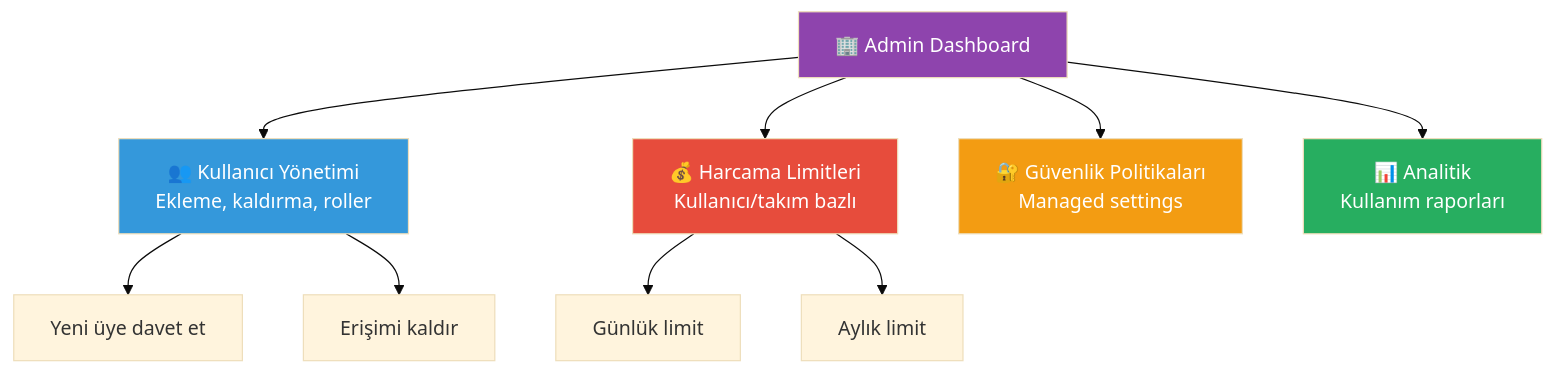
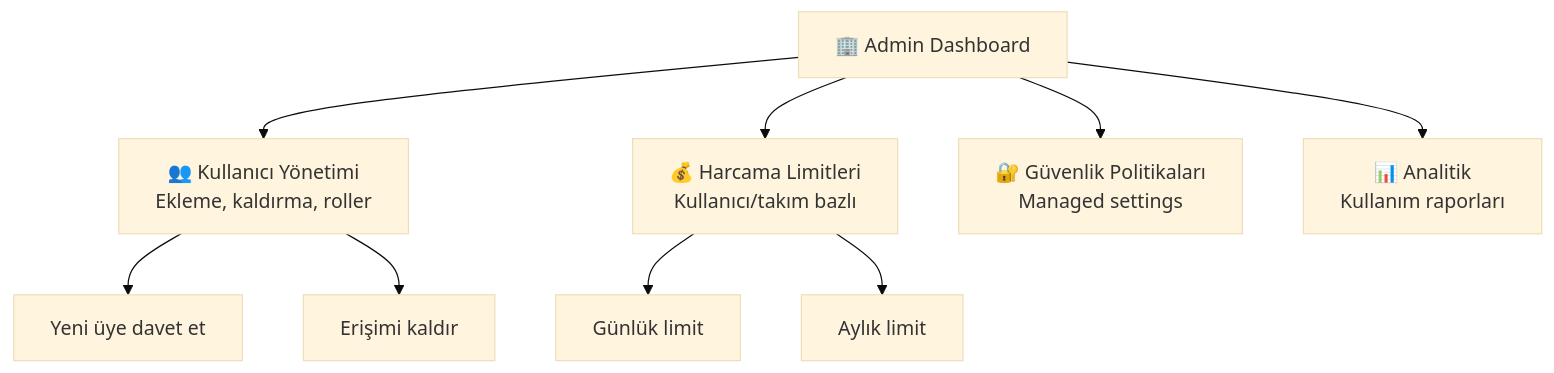
The fifth of 5 diagrams in 18-kurumsal-kullanim/01-takim-kullanimi-ve-yonetim.md (IzzetYasinAtes/ClaudeCodeHandbook), drawn with Mermaid (base theme) before and after one commit. The commit also changed other lines of this file and 97 other files, not shown here.

Commit message:
Remove all custom Mermaid style/fill colors from 98 markdown files for consistent dark theme rendering

````diff
--- a/18-kurumsal-kullanim/01-takim-kullanimi-ve-yonetim.md
+++ b/18-kurumsal-kullanim/01-takim-kullanimi-ve-yonetim.md
@@ -299,18 +285,13 @@
 ```mermaid
 flowchart TD
     ADMIN["🏢 Admin Dashboard"] --> USERS["👥 Kullanıcı Yönetimi<br/>Ekleme, kaldırma, roller"]
     ADMIN --> LIMITS["💰 Harcama Limitleri<br/>Kullanıcı/takım bazlı"]
     ADMIN --> POLICIES["🔐 Güvenlik Politikaları<br/>Managed settings"]
     ADMIN --> ANALYTICS["📊 Analitik<br/>Kullanım raporları"]
 
     USERS --> ONBOARD_U["Yeni üye davet et"]
     USERS --> OFFBOARD_U["Erişimi kaldır"]
     LIMITS --> DAILY["Günlük limit"]
     LIMITS --> MONTHLY["Aylık limit"]
 
-    style ADMIN fill:#8E44AD,color:#fff
-    style USERS fill:#3498DB,color:#fff
-    style LIMITS fill:#E74C3C,color:#fff
-    style POLICIES fill:#F39C12,color:#fff
-    style ANALYTICS fill:#27AE60,color:#fff
 ```
````
